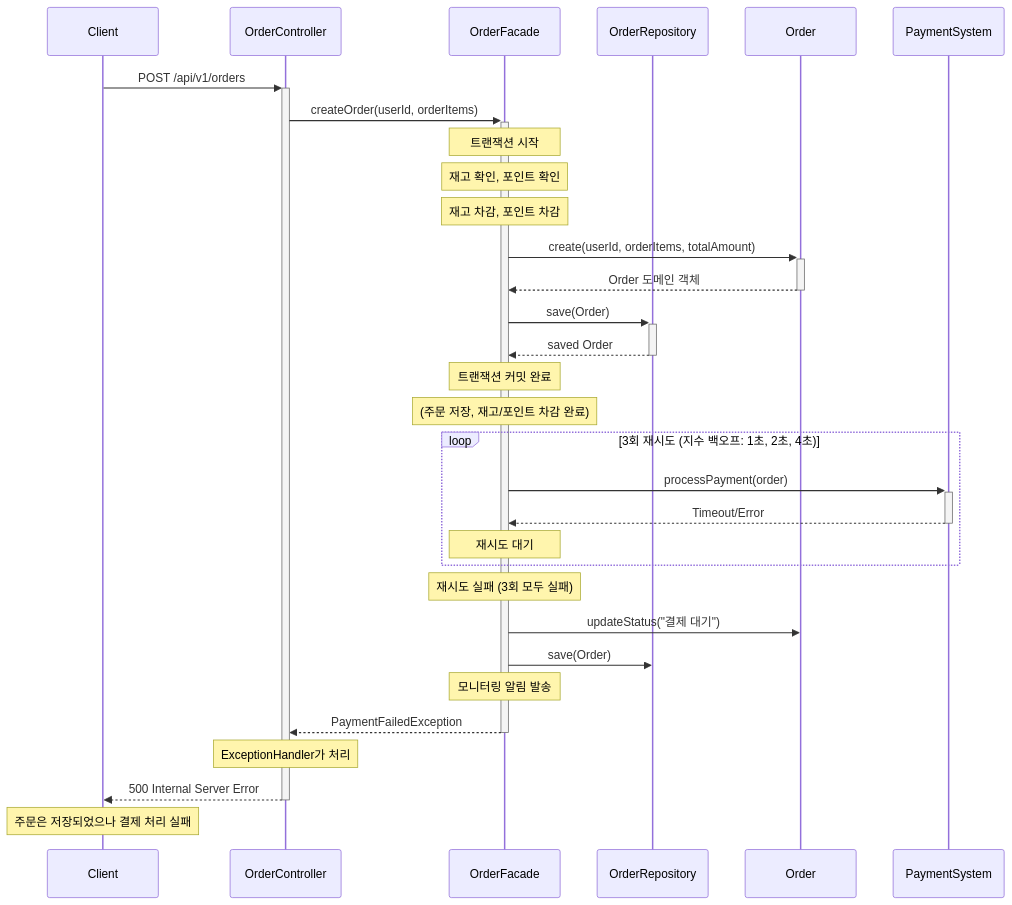
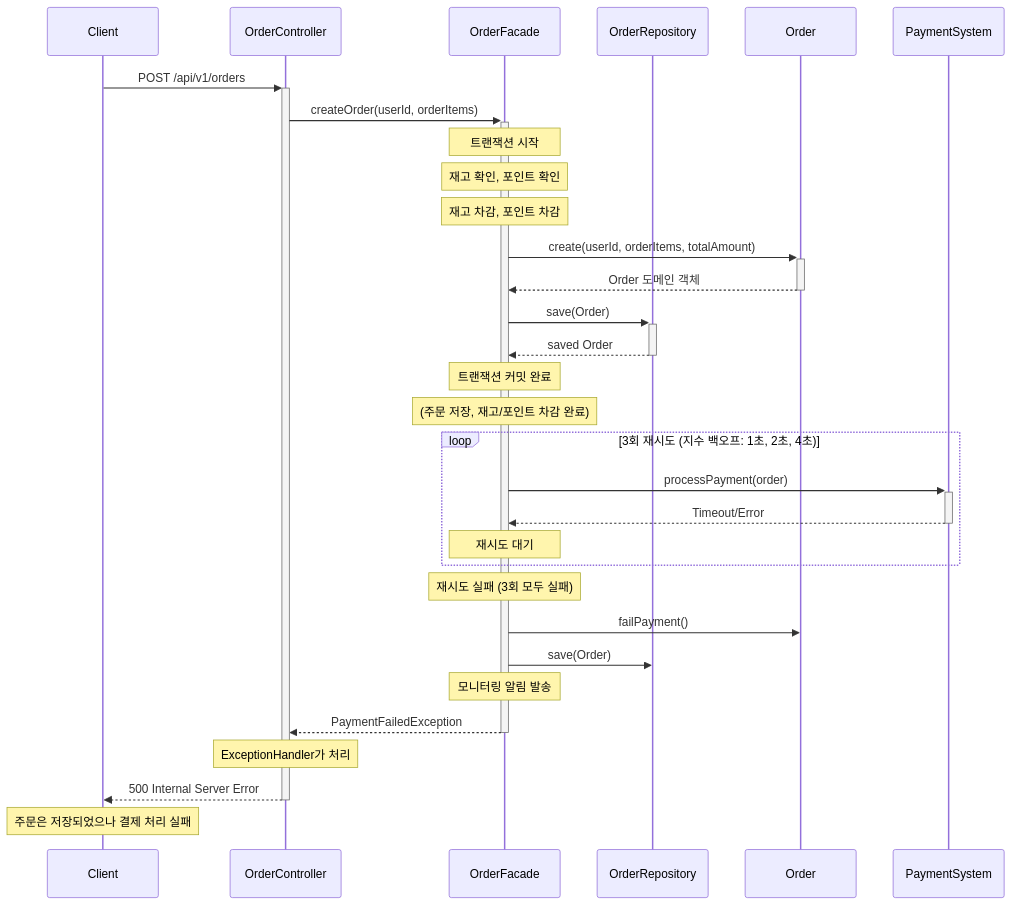
One commit to Loopers-dev-lab/loopers-spring-java-template changed diagram 14 of 16 in docs/design/02-sequence-diagrams.md. Above: the diagram before and after it, drawn with Mermaid. The commit also changed other lines of this file and 4 other files, not shown here.

````diff
--- a/docs/design/02-sequence-diagrams.md
+++ b/docs/design/02-sequence-diagrams.md
@@ -597,43 +597,43 @@
 ```mermaid
 sequenceDiagram
     participant Client
     participant OrderController
     participant OrderFacade
     participant OrderRepository
     participant Order
     participant PaymentSystem
 
     Client->>+OrderController: POST /api/v1/orders
 
     OrderController->>+OrderFacade: createOrder(userId, orderItems)
 
     Note over OrderFacade: 트랜잭션 시작
     Note over OrderFacade: 재고 확인, 포인트 확인
     Note over OrderFacade: 재고 차감, 포인트 차감
 
     OrderFacade->>+Order: create(userId, orderItems, totalAmount)
     Order-->>-OrderFacade: Order 도메인 객체
 
     OrderFacade->>+OrderRepository: save(Order)
     OrderRepository-->>-OrderFacade: saved Order
 
     Note over OrderFacade: 트랜잭션 커밋 완료
     Note over OrderFacade: (주문 저장, 재고/포인트 차감 완료)
 
     loop 3회 재시도 (지수 백오프: 1초, 2초, 4초)
         OrderFacade->>+PaymentSystem: processPayment(order)
         PaymentSystem-->>-OrderFacade: Timeout/Error
         Note over OrderFacade: 재시도 대기
     end
 
     Note over OrderFacade: 재시도 실패 (3회 모두 실패)
-    OrderFacade->>Order: updateStatus("결제 대기")
+    OrderFacade->>Order: failPayment()
     OrderFacade->>OrderRepository: save(Order)
 
     Note over OrderFacade: 모니터링 알림 발송
 
     OrderFacade-->>-OrderController: PaymentFailedException
     Note over OrderController: ExceptionHandler가 처리
     OrderController-->>-Client: 500 Internal Server Error
     Note over Client: 주문은 저장되었으나 결제 처리 실패
 ```
````
